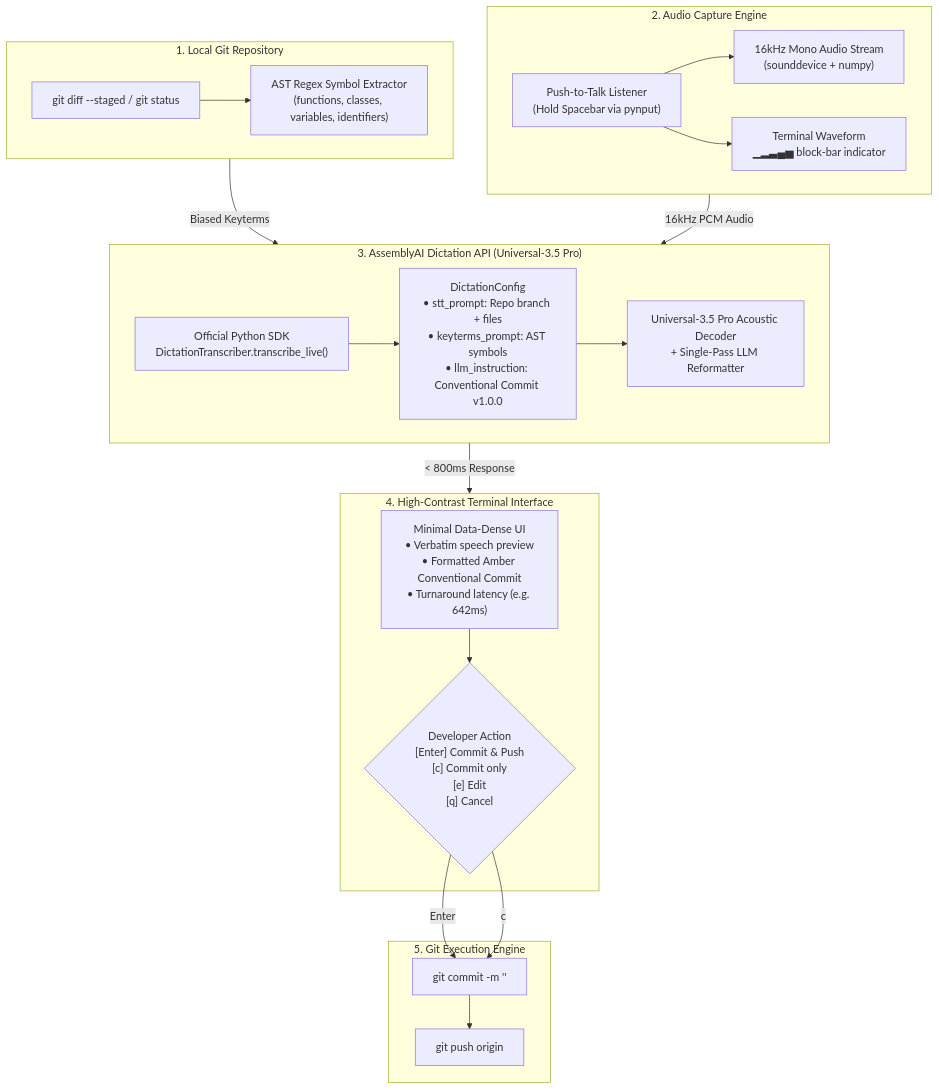
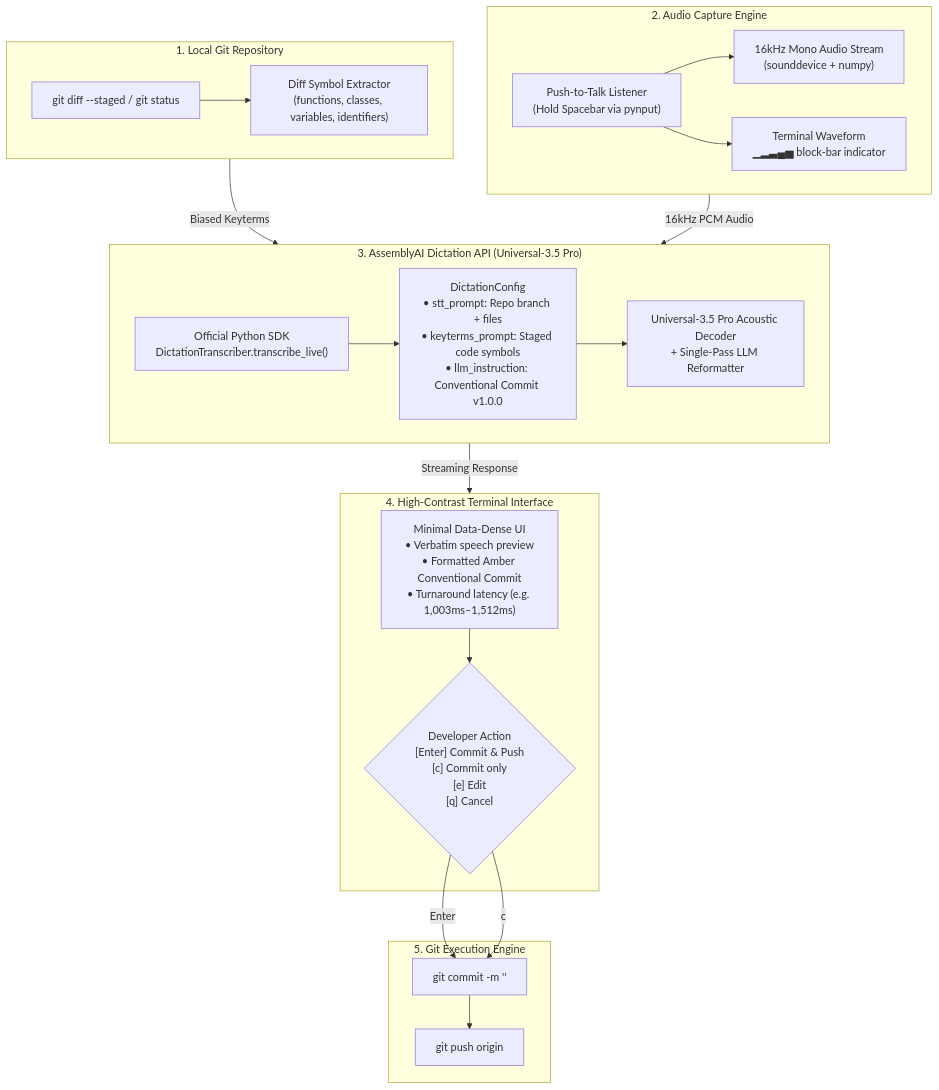
The diagram in README.md (toufiqfarhan0/ovio), drawn with Mermaid before and after one commit. The commit also changed other lines of this file and 15 other files, not shown here.

First line of the commit message:
fix(biasing): align diff symbol extraction, macOS fallbacks, and live benchmark latencies

````diff
--- a/README.md
+++ b/README.md
@@ -62,40 +62,40 @@
 ```mermaid
 flowchart TD
     subgraph Local["1. Local Git Repository"]
         Diff["git diff --staged / git status"]
-        AST["AST Regex Symbol Extractor<br/>(functions, classes, variables, identifiers)"]
+        AST["Diff Symbol Extractor<br/>(functions, classes, variables, identifiers)"]
         Diff --> AST
     end
 
     subgraph Audio["2. Audio Capture Engine"]
         PTT["Push-to-Talk Listener<br/>(Hold Spacebar via pynput)"]
         Mic["16kHz Mono Audio Stream<br/>(sounddevice + numpy)"]
         Spinner["Terminal Waveform<br/>▁▂▃▄▅ block-bar indicator"]
         PTT --> Mic
         PTT --> Spinner
     end
 
     subgraph AssemblyAI["3. AssemblyAI Dictation API (Universal-3.5 Pro)"]
         SDK["Official Python SDK<br/>DictationTranscriber.transcribe_live()"]
-        Config["DictationConfig<br/>• stt_prompt: Repo branch + files<br/>• keyterms_prompt: AST symbols<br/>• llm_instruction: Conventional Commit v1.0.0"]
+        Config["DictationConfig<br/>• stt_prompt: Repo branch + files<br/>• keyterms_prompt: Staged code symbols<br/>• llm_instruction: Conventional Commit v1.0.0"]
         Model["Universal-3.5 Pro Acoustic Decoder<br/>+ Single-Pass LLM Reformatter"]
         SDK --> Config --> Model
     end
 
     subgraph Terminal["4. High-Contrast Terminal Interface"]
-        UI["Minimal Data-Dense UI<br/>• Verbatim speech preview<br/>• Formatted Amber Conventional Commit<br/>• Turnaround latency (e.g. 642ms)"]
+        UI["Minimal Data-Dense UI<br/>• Verbatim speech preview<br/>• Formatted Amber Conventional Commit<br/>• Turnaround latency (e.g. 1,003ms–1,512ms)"]
         Prompt{"Developer Action<br/>[Enter] Commit & Push<br/>[c] Commit only<br/>[e] Edit<br/>[q] Cancel"}
         UI --> Prompt
     end
 
     subgraph Git["5. Git Execution Engine"]
         Commit["git commit -m '<commit>'"]
         Push["git push origin <branch>"]
         Prompt -->|Enter| Commit --> Push
         Prompt -->|c| Commit
     end
 
     Local -->|Biased Keyterms| AssemblyAI
     Audio -->|16kHz PCM Audio| AssemblyAI
-    AssemblyAI -->|< 800ms Response| Terminal
+    AssemblyAI -->|Streaming Response| Terminal
 ```
````
